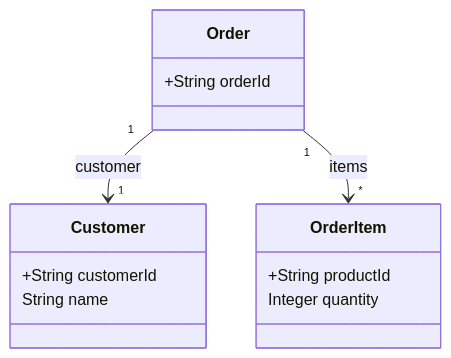
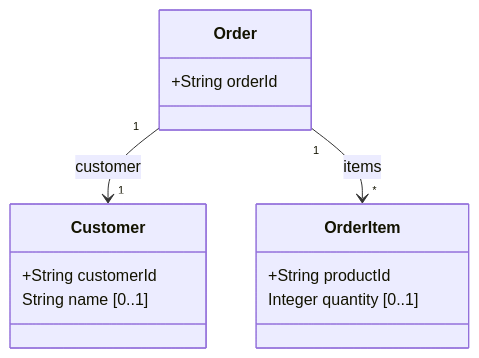
One commit to flemming-n-larsen/JSONSchema-to-Mermaid changed the third of 6 diagrams in README.md. Above: the diagram before and after it, drawn with Mermaid. The commit also changed other lines of this file and 5 other files, not shown here.

Commit message:
Add optional cardinality notation for fields in MermaidGenerator output

````diff
--- a/README.md
+++ b/README.md
@@ -107,17 +106,17 @@
 ```mermaid
 classDiagram
   class Order {
     +String orderId
   }
   class Customer {
     +String customerId
-    String name
+    String name [0..1]
   }
   class OrderItem {
     +String productId
-    Integer quantity
+    Integer quantity [0..1]
   }
 
   Order "1" --> "1" Customer : customer
   Order "1" --> "*" OrderItem : items
 ```
````
